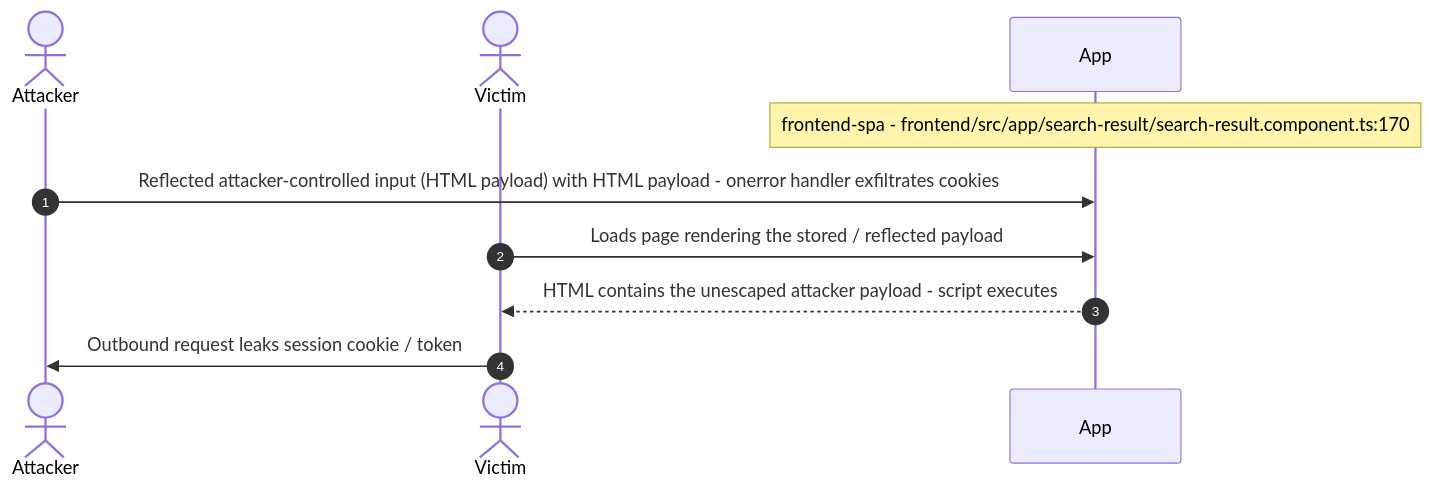
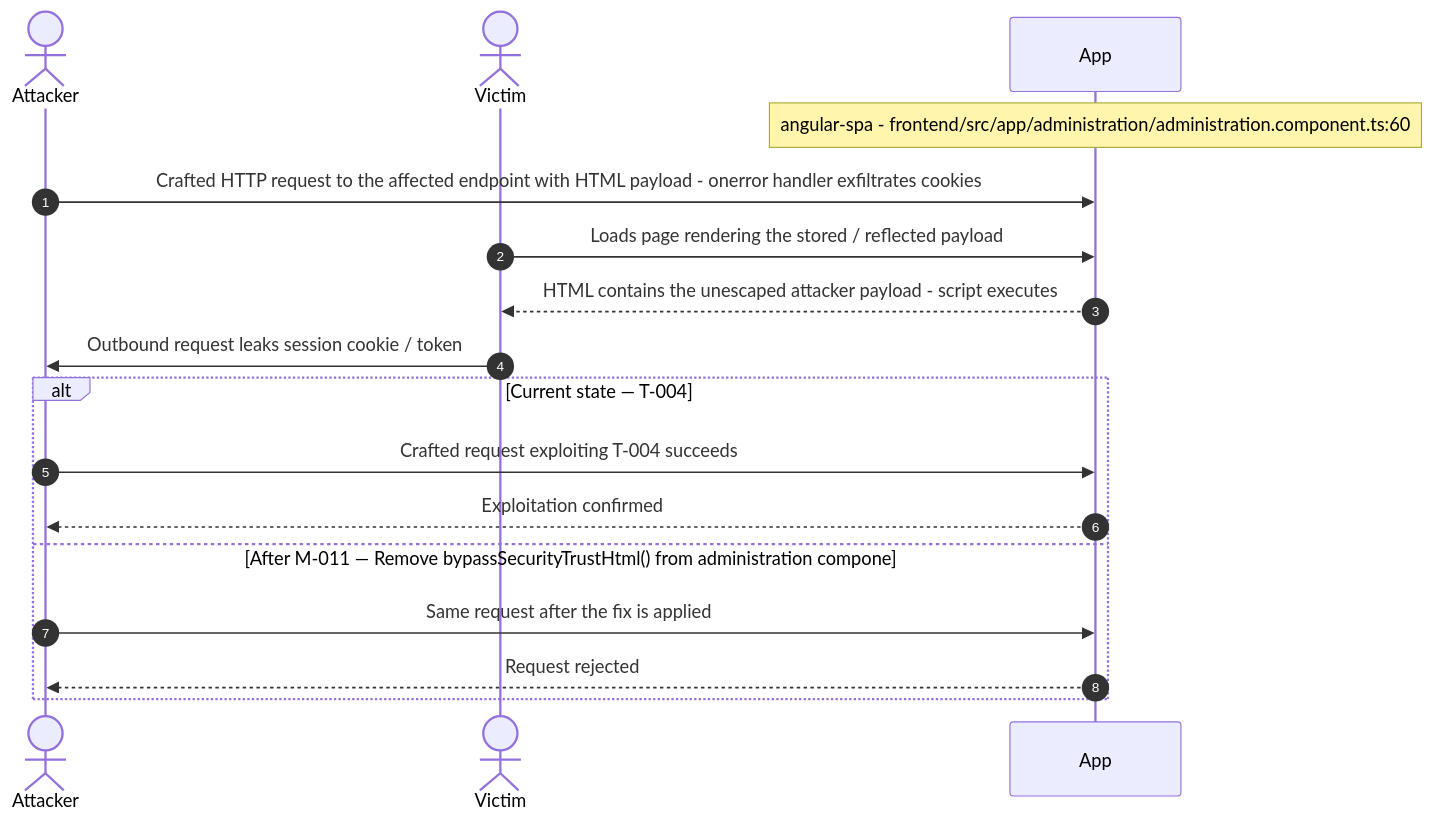
Before and after one commit to appsec-foundry/appsec-advisor: diagram 11 of 15 in examples/threat-modeler/threat-model-juice-shop-standard.md, drawn with Mermaid. The commit also changed other lines of this file, not shown here.

````diff
--- a/examples/threat-modeler/threat-model-juice-shop-standard.md
+++ b/examples/threat-modeler/threat-model-juice-shop-standard.md
@@ -694,12 +636,19 @@
 ```mermaid
 sequenceDiagram
     autonumber
     actor Attacker
     actor Victim
     participant App
-    Note over App: frontend-spa - frontend/src/app/search-result/search-result.component.ts:170
-    Attacker->>App: Reflected attacker-controlled input (HTML payload) with HTML payload - onerror handler exfiltrates cookies
+    Note over App: angular-spa - frontend/src/app/administration/administration.component.ts:60
+    Attacker->>App: Crafted HTTP request to the affected endpoint with HTML payload - onerror handler exfiltrates cookies
     Victim->>App: Loads page rendering the stored / reflected payload
     App-->>Victim: HTML contains the unescaped attacker payload - script executes
     Victim->>Attacker: Outbound request leaks session cookie / token
+    alt Current state — T-004
+        Attacker->>App: Crafted request exploiting T-004 succeeds
+        App-->>Attacker: Exploitation confirmed
+    else After M-011 — Remove bypassSecurityTrustHtml() from administration compone
+        Attacker->>App: Same request after the fix is applied
+        App-->>Attacker: Request rejected
+    end
 ```
````
